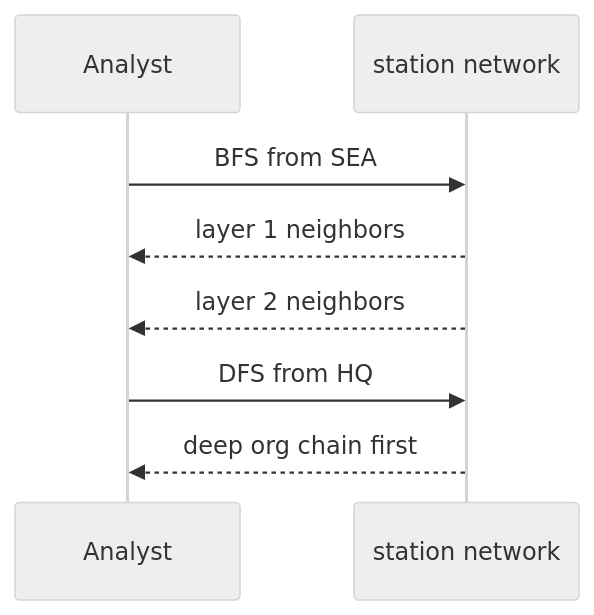
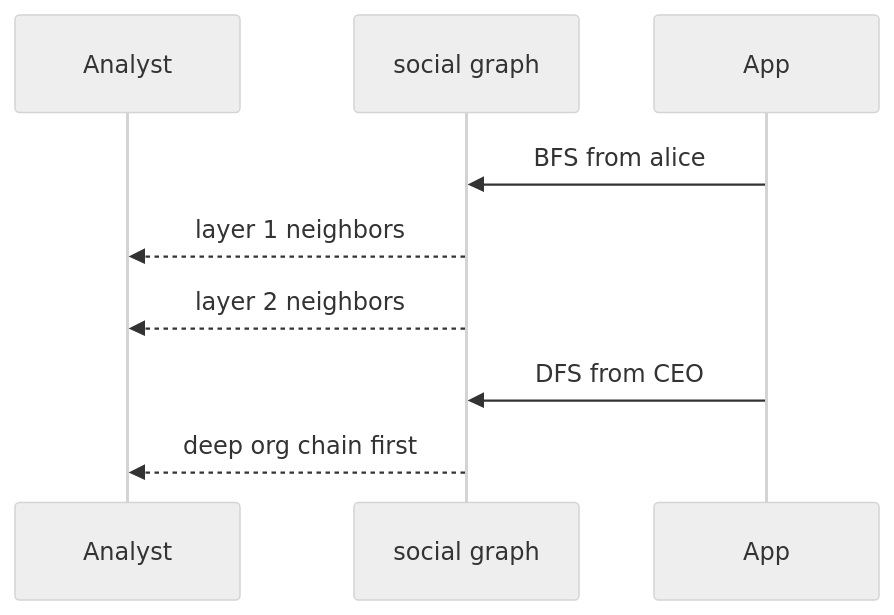
One commit to qgjones9/python-programming-guide changed the fifth of 6 diagrams in docs/dsa/data-structures/graphs/index.md. Above: the diagram before and after it, drawn with Mermaid (neutral theme). The commit also changed other lines of this file and 31 other files, not shown here.

````diff
--- a/docs/dsa/data-structures/graphs/index.md
+++ b/docs/dsa/data-structures/graphs/index.md
@@ -322,10 +322,10 @@
 ```mermaid
 sequenceDiagram
-  participant Analyst
-  participant G as station network
-  Analyst->>G: BFS from SEA
-  G-->>Analyst: layer 1 neighbors
-  G-->>Analyst: layer 2 neighbors
-  Analyst->>G: DFS from HQ
-  G-->>Analyst: deep org chain first
+ participant Analyst
+ participant G as social graph
+ App->>G: BFS from alice
+ G-->>Analyst: layer 1 neighbors
+ G-->>Analyst: layer 2 neighbors
+ App->>G: DFS from CEO
+ G-->>Analyst: deep org chain first
 ```
````
